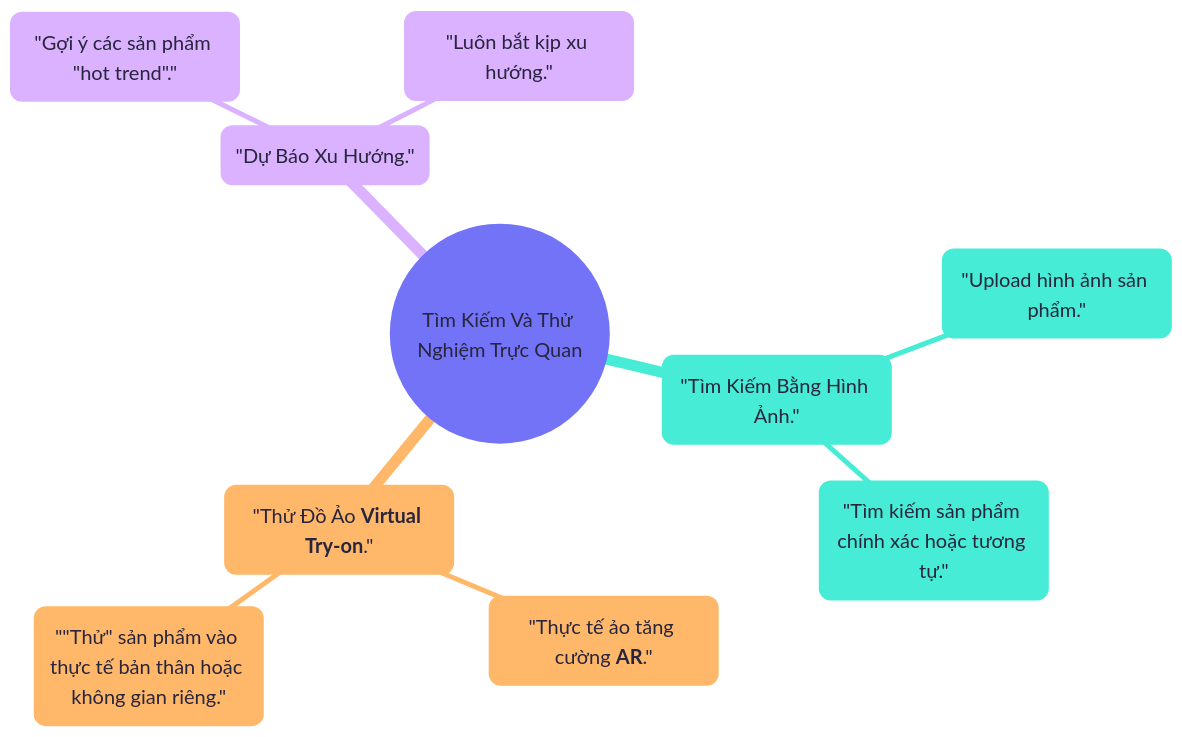
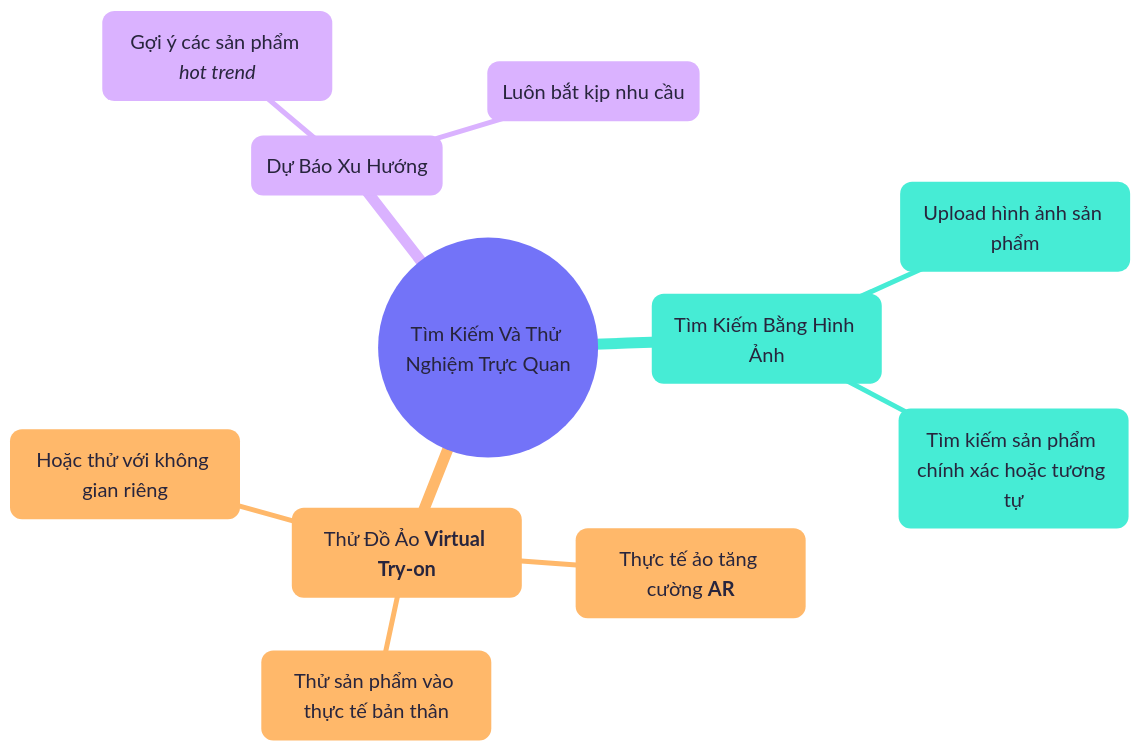
The diagram in content/diagrams/chapter02-tim-kiem-va-thu-nghiem-truc-quan.mmd (sam-uit/typst-report-template), drawn with Mermaid before and after one commit. The commit also changed 2 other files, not shown here.

Commit message:
chapter02-tim-kiem-va-thu-nghiem-truc-quan

```diff
--- a/content/diagrams/chapter02-tim-kiem-va-thu-nghiem-truc-quan.mmd
+++ b/content/diagrams/chapter02-tim-kiem-va-thu-nghiem-truc-quan.mmd
@@ -1,18 +1,19 @@
 ---
 config:
   theme: redux-color
   themeVariables:
     fontFamily: Google Sans
     fontSize: 20px
 ---
 mindmap
-  root(("Tìm Kiếm Và Thử Nghiệm Trực Quan"))
-    "Tìm Kiếm Bằng Hình Ảnh."
-        "Upload hình ảnh sản phẩm."
-        "Tìm kiếm sản phẩm chính xác hoặc tương tự."
-    "Thử Đồ Ảo **Virtual Try-on**."
-        "Thực tế ảo tăng cường **AR**."
-        "#quot;Thử#quot; sản phẩm vào thực tế bản thân hoặc không gian riêng."
-    "Dự Báo Xu Hướng."
-        "Gợi ý các sản phẩm #quot;hot trend#quot;."
-        "Luôn bắt kịp xu hướng."
+((Tìm Kiếm Và Thử Nghiệm Trực Quan))
+  (Tìm Kiếm Bằng Hình Ảnh)
+    Upload hình ảnh sản phẩm
+    Tìm kiếm sản phẩm chính xác hoặc tương tự
+  (Thử Đồ Ảo **Virtual Try-on**)
+    Thực tế ảo tăng cường **AR**
+    Thử sản phẩm vào thực tế bản thân
+    Hoặc thử với không gian riêng
+  (Dự Báo Xu Hướng)
+    Gợi ý các sản phẩm *hot trend*
+    Luôn bắt kịp nhu cầu
```
